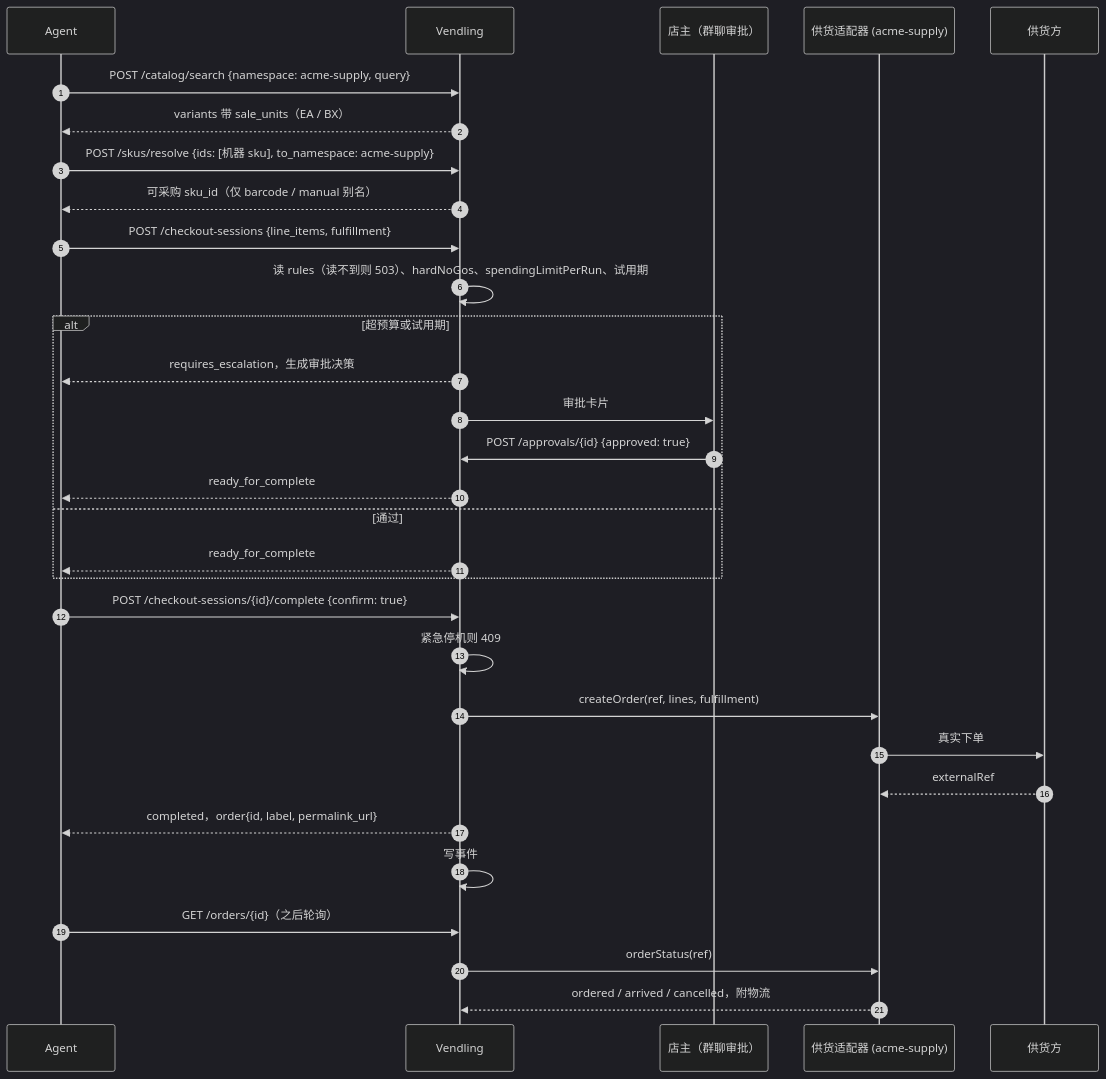
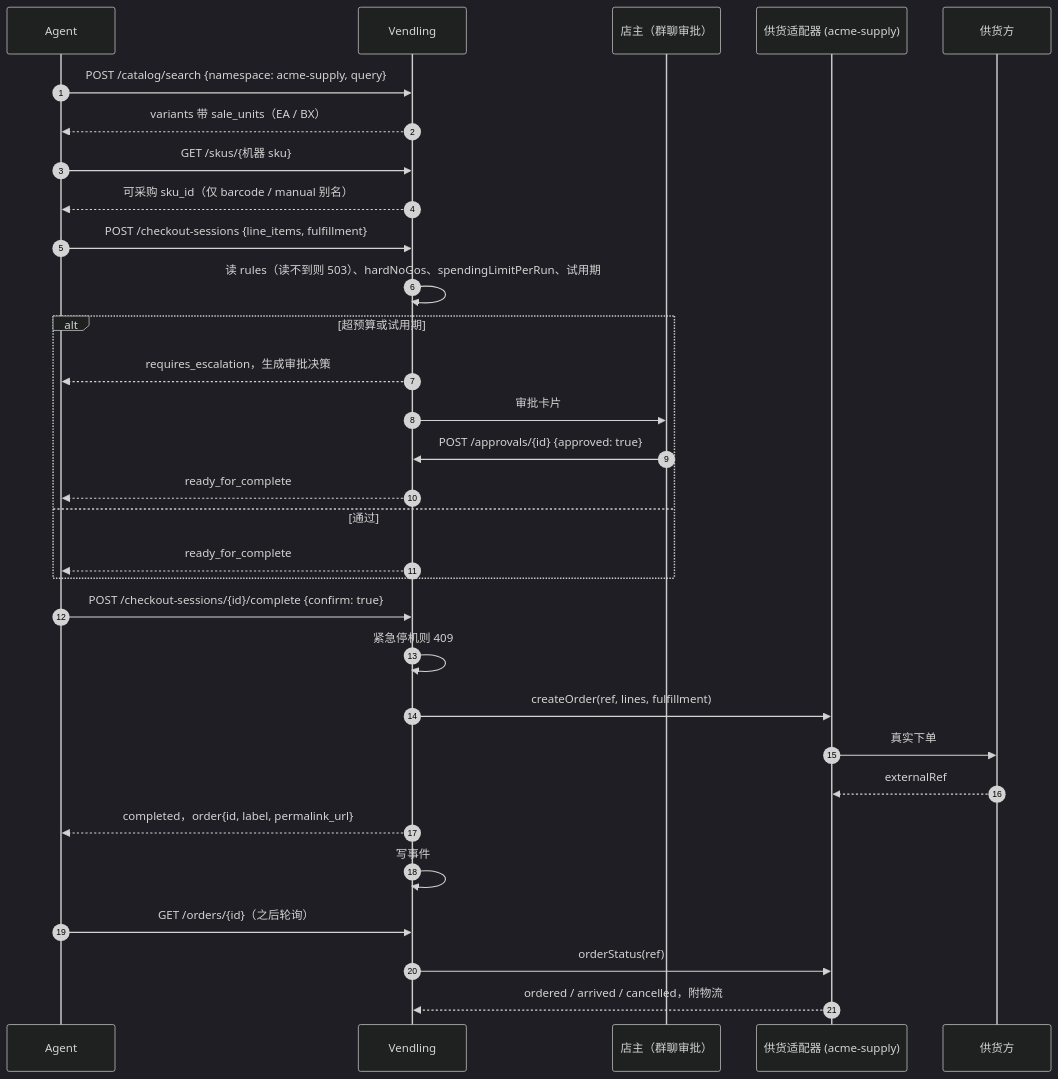
One commit to fxp/vendling-api changed the third of 6 diagrams in spec/commerce-api.md. Above: the diagram before and after it, drawn with Mermaid (dark theme). The commit also changed other lines of this file and 5 other files, not shown here.

````diff
--- a/spec/commerce-api.md
+++ b/spec/commerce-api.md
@@ -1137,33 +1182,33 @@
 ```mermaid
 sequenceDiagram
   autonumber
   participant A as Agent
   participant V as Vendling
   participant O as 店主（群聊审批）
   participant S as 供货适配器 (acme-supply)
   participant W as 供货方
   A->>V: POST /catalog/search {namespace: acme-supply, query}
   V-->>A: variants 带 sale_units（EA / BX）
-  A->>V: POST /skus/resolve {ids: [机器 sku], to_namespace: acme-supply}
+  A->>V: GET /skus/{机器 sku}
   V-->>A: 可采购 sku_id（仅 barcode / manual 别名）
   A->>V: POST /checkout-sessions {line_items, fulfillment}
   V->>V: 读 rules（读不到则 503）、hardNoGos、spendingLimitPerRun、试用期
   alt 超预算或试用期
     V-->>A: requires_escalation，生成审批决策
     V->>O: 审批卡片
     O->>V: POST /approvals/{id} {approved: true}
     V-->>A: ready_for_complete
   else 通过
     V-->>A: ready_for_complete
   end
   A->>V: POST /checkout-sessions/{id}/complete {confirm: true}
   V->>V: 紧急停机则 409
   V->>S: createOrder(ref, lines, fulfillment)
   S->>W: 真实下单
   W-->>S: externalRef
   V-->>A: completed，order{id, label, permalink_url}
   V->>V: 写事件
   A->>V: GET /orders/{id}（之后轮询）
   V->>S: orderStatus(ref)
   S-->>V: ordered / arrived / cancelled，附物流
 ```
````
